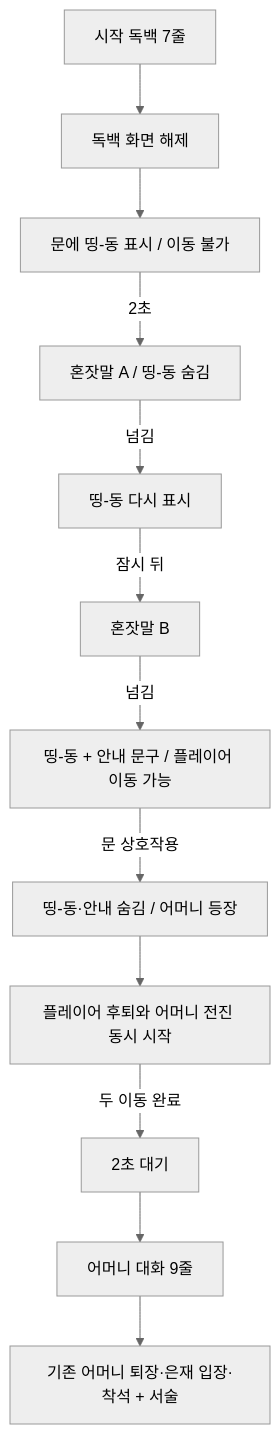
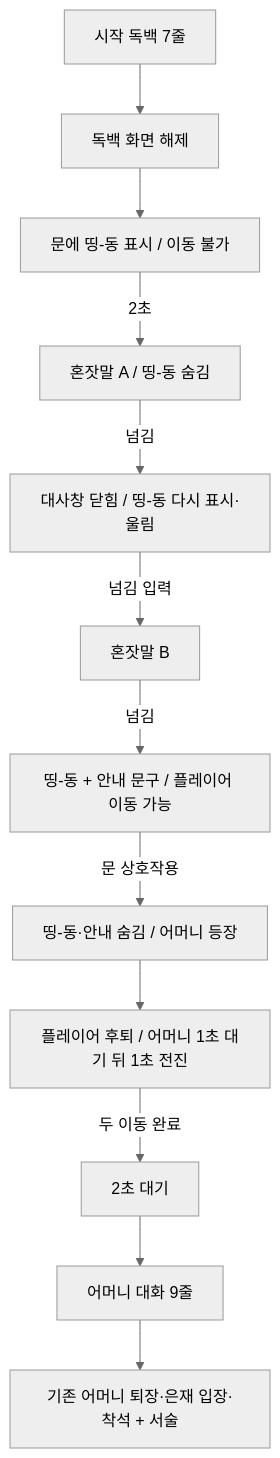
The diagram in docs/spec-opening-monologue-door-arrival.md (xpaklove12-lang/Corner1), drawn with Mermaid (neutral theme) before and after one commit. The commit also changed other lines of this file and 6 other files, not shown here.

First line of the commit message:
feat: 문 앞 혼잣말 사이 띵-동 울림과 Space 진행, 대사창 넘김 표시, 첫 손님 입장 속도 조정

````diff
--- a/docs/spec-opening-monologue-door-arrival.md
+++ b/docs/spec-opening-monologue-door-arrival.md
@@ -98,14 +103,14 @@
 ```mermaid
 flowchart TD
     A[시작 독백 7줄] --> B[독백 화면 해제]
     B --> C[문에 띵-동 표시 / 이동 불가]
     C -->|2초| D[혼잣말 A / 띵-동 숨김]
-    D -->|넘김| E[띵-동 다시 표시]
-    E -->|잠시 뒤| F[혼잣말 B]
+    D -->|넘김| E[대사창 닫힘 / 띵-동 다시 표시·울림]
+    E -->|넘김 입력| F[혼잣말 B]
     F -->|넘김| G[띵-동 + 안내 문구 / 플레이어 이동 가능]
     G -->|문 상호작용| H[띵-동·안내 숨김 / 어머니 등장]
-    H --> I[플레이어 후퇴와 어머니 전진 동시 시작]
+    H --> I[플레이어 후퇴 / 어머니 1초 대기 뒤 1초 전진]
     I -->|두 이동 완료| J[2초 대기]
     J --> K[어머니 대화 9줄]
     K --> L[기존 어머니 퇴장·은재 입장·착석 + 서술]
 ```
````
